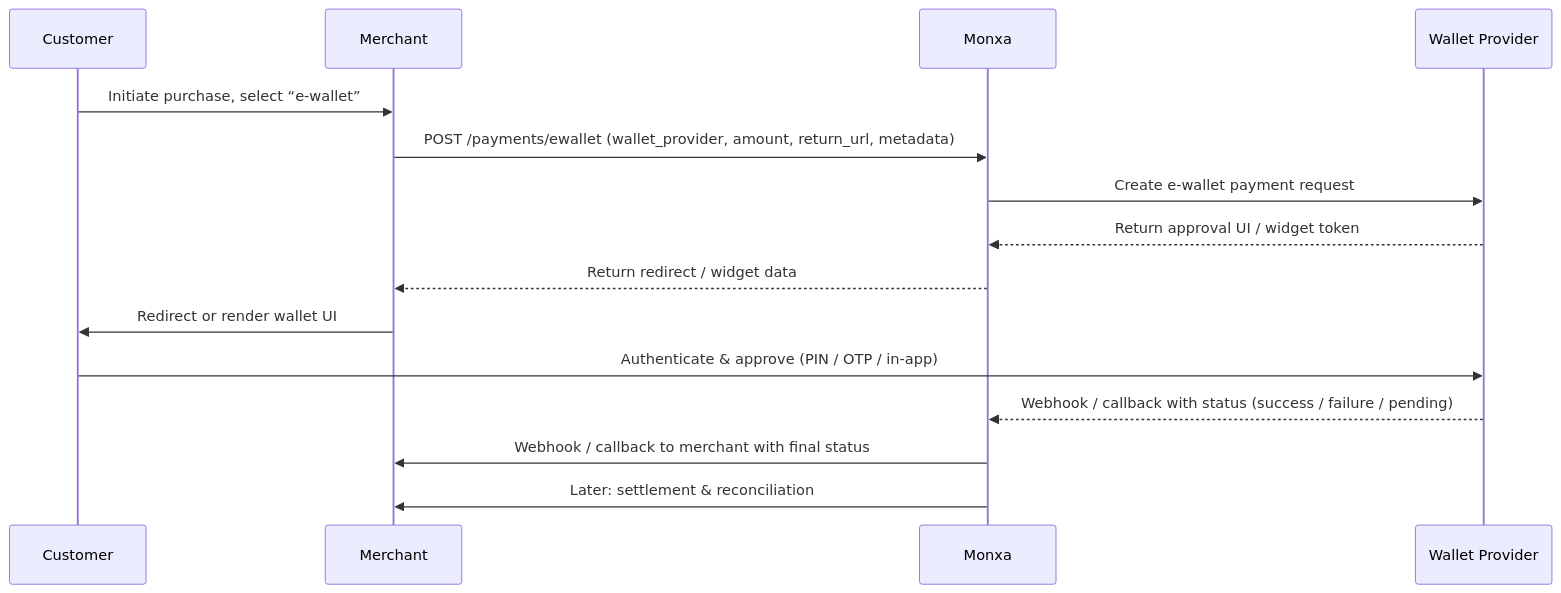
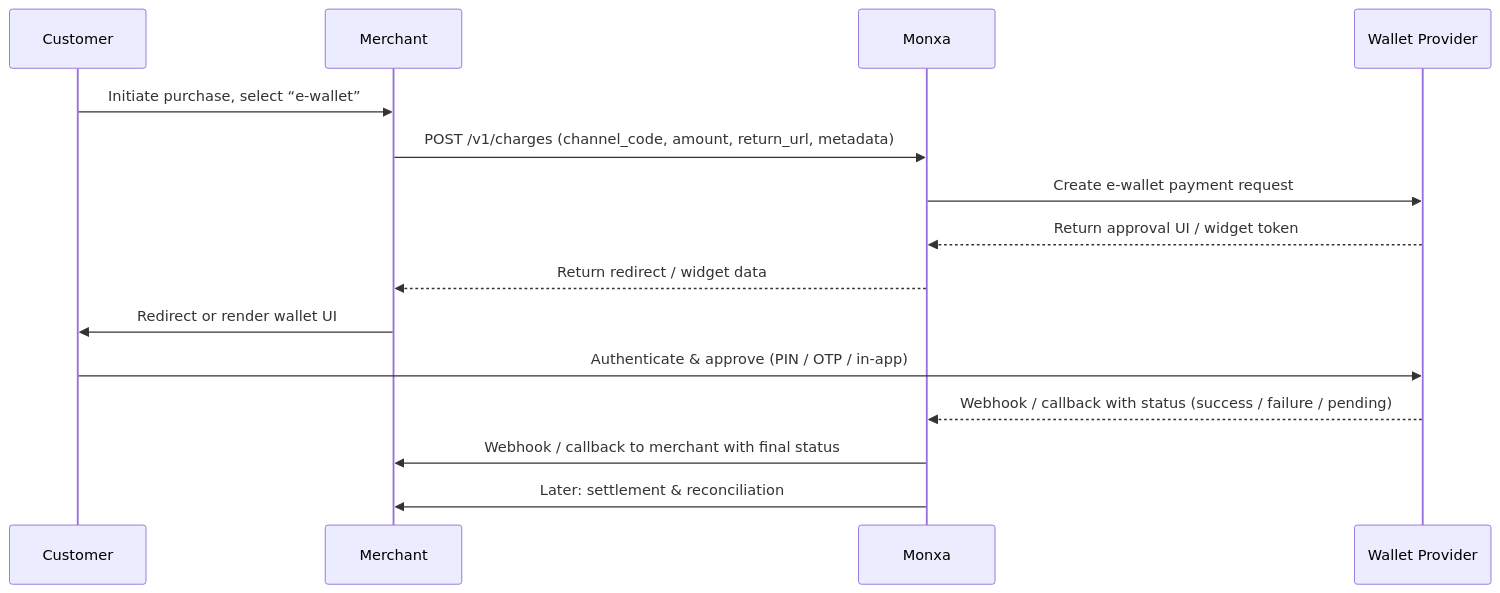
One commit to monxadev/docs changed the diagram in payments/payment-methods/wallets.mdx. Above: the diagram before and after it, drawn with Mermaid.

Commit message:
Documentation edits made through Mintlify web editor

````diff
--- a/payments/payment-methods/wallets.mdx
+++ b/payments/payment-methods/wallets.mdx
@@ -20,18 +20,18 @@
 ```mermaid
 sequenceDiagram
   participant C as Customer
   participant M as Merchant
   participant MX as Monxa
   participant P as Wallet Provider
 
   C->>M: Initiate purchase, select “e-wallet”
-  M->>MX: POST /payments/ewallet (wallet_provider, amount, return_url, metadata)
+  M->>MX: POST /v1/charges (channel_code, amount, return_url, metadata)
   MX->>P: Create e-wallet payment request
   P-->>MX: Return approval UI / widget token
   MX-->>M: Return redirect / widget data
   M->>C: Redirect or render wallet UI
   C->>P: Authenticate & approve (PIN / OTP / in-app)
   P-->>MX: Webhook / callback with status (success / failure / pending)
   MX->>M: Webhook / callback to merchant with final status
   MX->>M: Later: settlement & reconciliation
 ```
````
